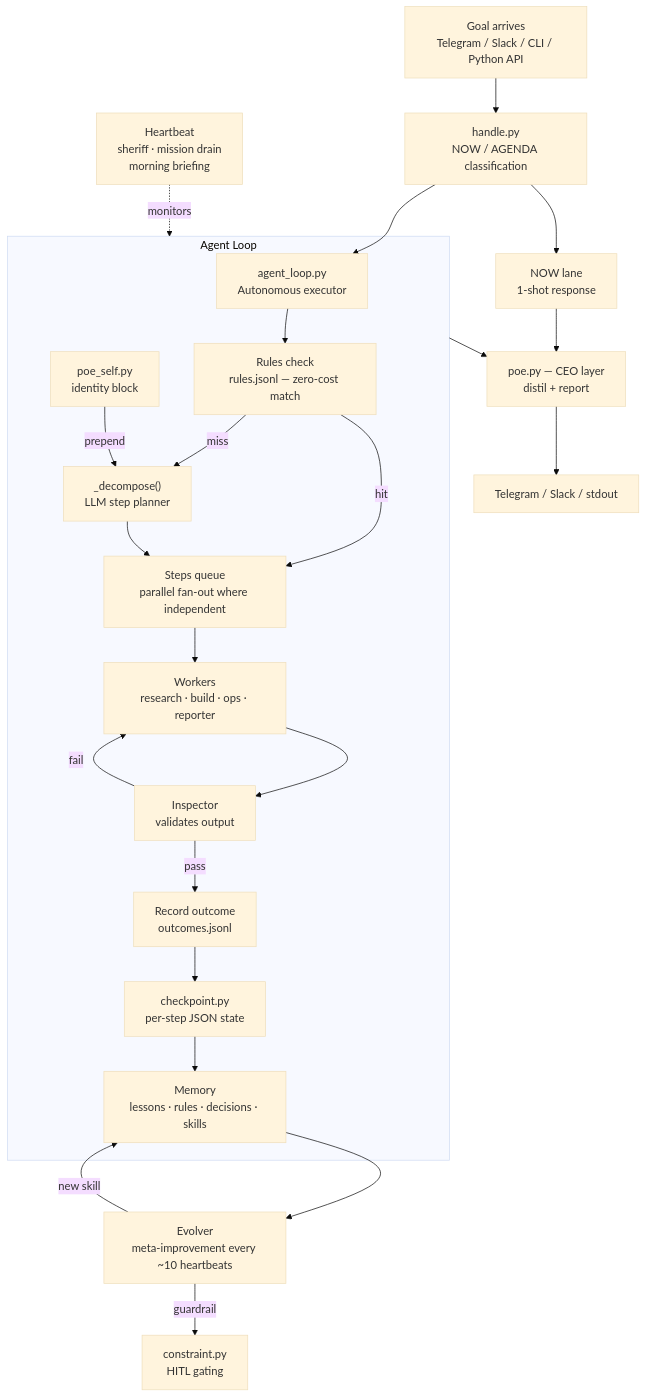
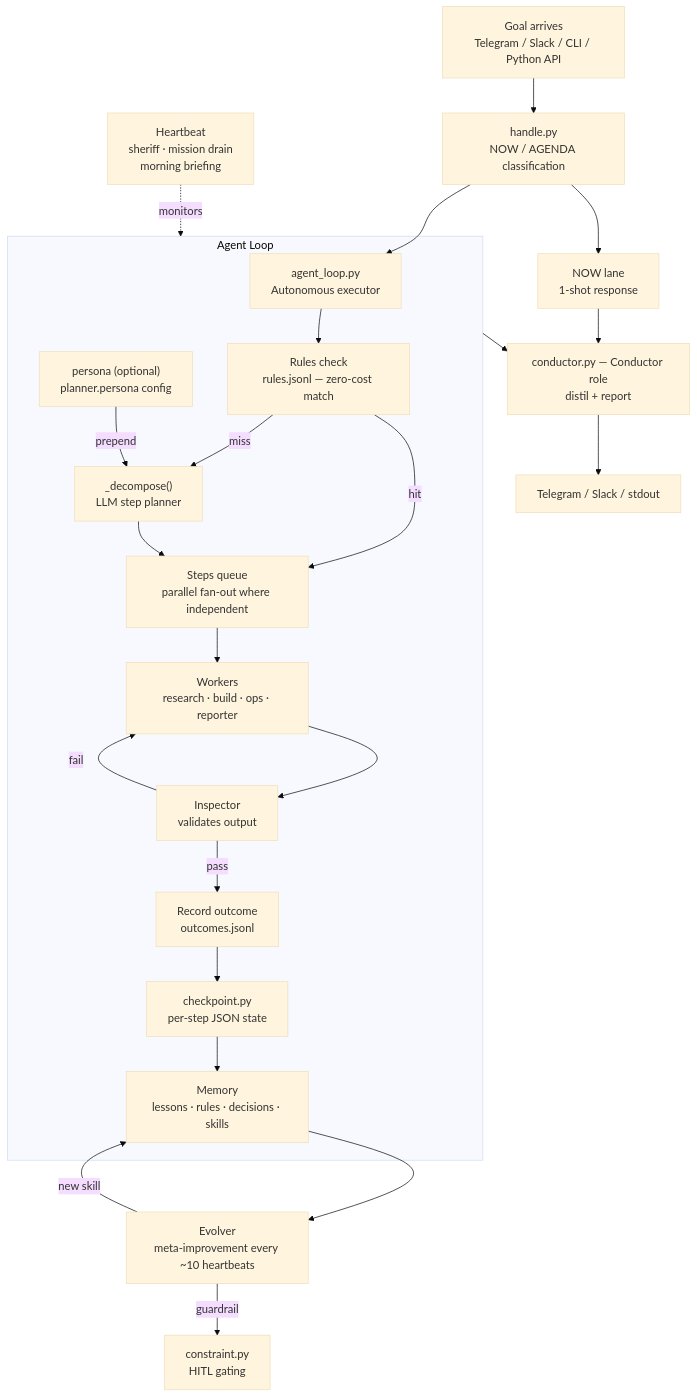
Before and after one commit to slycrel/openclaw-orchestration: the diagram in README.md, drawn with Mermaid (base theme). The commit also changed other lines of this file and 7 other files, not shown here.

````diff
--- a/README.md
+++ b/README.md
@@ -37,33 +37,33 @@
 ```mermaid
 flowchart TD
     IN["Goal arrives\nTelegram / Slack / CLI / Python API"]
     IN --> H[handle.py\nNOW / AGENDA classification]
 
     H --> NOW["NOW lane\n1-shot response"]
     H --> AL[agent_loop.py\nAutonomous executor]
 
     subgraph LOOP["Agent Loop"]
         AL --> RC["Rules check\nrules.jsonl — zero-cost match"]
         RC -->|hit| STEPS
         RC -->|miss| DC["_decompose()\nLLM step planner"]
-        ID["poe_self.py\nidentity block"] -->|prepend| DC
+        PER["persona (optional)\nplanner.persona config"] -->|prepend| DC
         DC --> STEPS["Steps queue\nparallel fan-out where independent"]
 
         STEPS --> WK["Workers\nresearch · build · ops · reporter"]
         WK --> INS[Inspector\nvalidates output]
         INS -->|pass| REC["Record outcome\noutcomes.jsonl"]
         INS -->|fail| WK
         REC --> CKP["checkpoint.py\nper-step JSON state"]
         CKP --> MEM["Memory\nlessons · rules · decisions · skills"]
     end
 
     MEM --> EV["Evolver\nmeta-improvement every ~10 heartbeats"]
     EV -->|new skill| MEM
     EV -->|guardrail| CON[constraint.py\nHITL gating]
 
-    LOOP --> CEO["poe.py — CEO layer\ndistil + report"]
+    LOOP --> CEO["conductor.py — Conductor role\ndistil + report"]
     NOW --> CEO
     CEO --> OUT["Telegram / Slack / stdout"]
 
     HB["Heartbeat\nsheriff · mission drain\nmorning briefing"] -.->|monitors| LOOP
 ```
````
